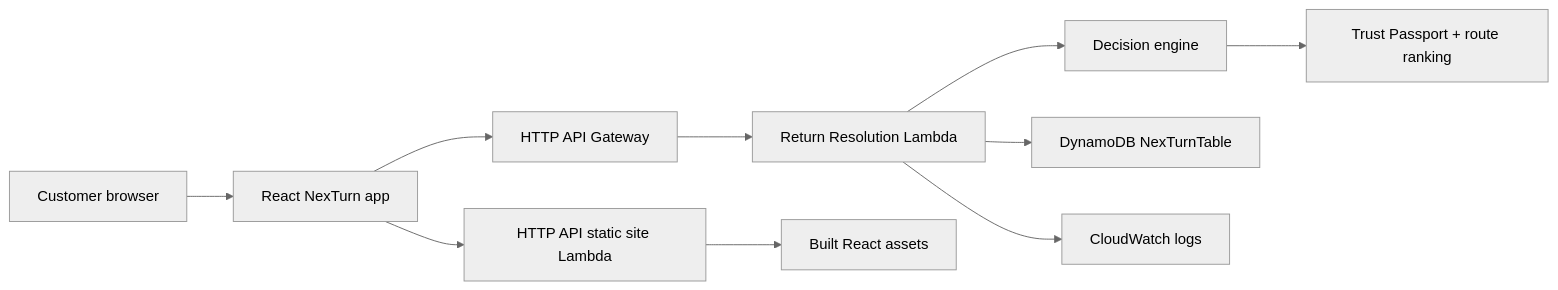
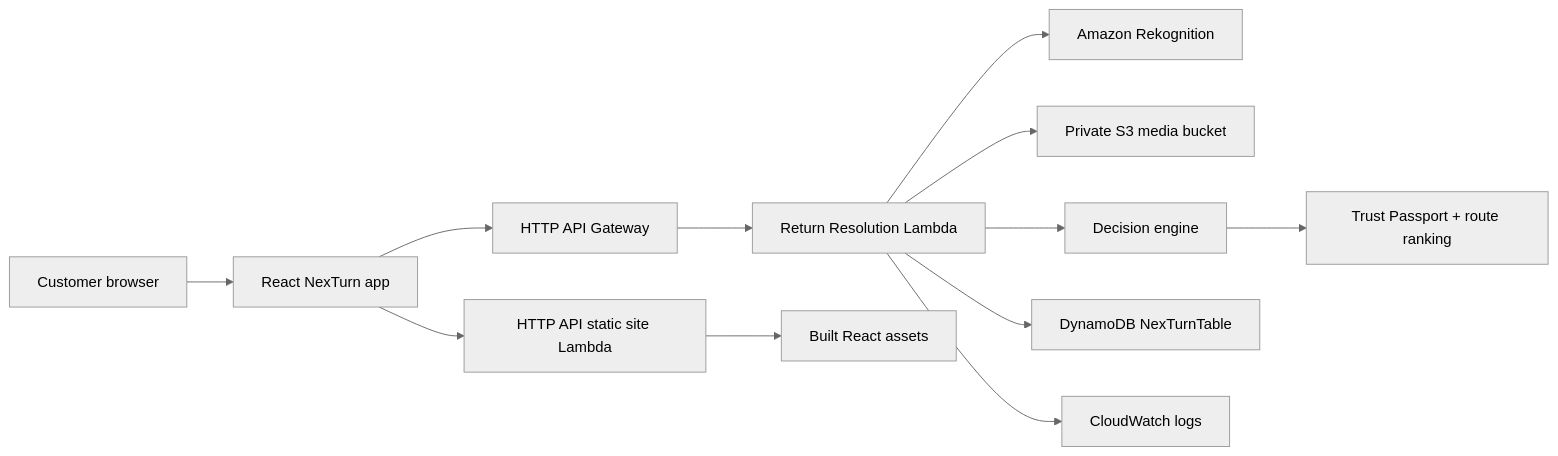
Before and after one commit to AKSHATSPAR/nexturn: the diagram in README.md, drawn with Mermaid (neutral theme). The commit also changed other lines of this file and 13 other files, not shown here.

````diff
--- a/README.md
+++ b/README.md
@@ -35,12 +37,14 @@
 ```mermaid
 flowchart LR
   Customer["Customer browser"] --> Web["React NexTurn app"]
   Web --> API["HTTP API Gateway"]
   API --> Lambda["Return Resolution Lambda"]
+  Lambda --> Rekognition["Amazon Rekognition"]
+  Lambda --> S3["Private S3 media bucket"]
   Lambda --> Engine["Decision engine"]
   Lambda --> DDB["DynamoDB NexTurnTable"]
   Web --> Site["HTTP API static site Lambda"]
   Site --> Assets["Built React assets"]
   Lambda --> Logs["CloudWatch logs"]
   Engine --> Passport["Trust Passport + route ranking"]
 ```
````
